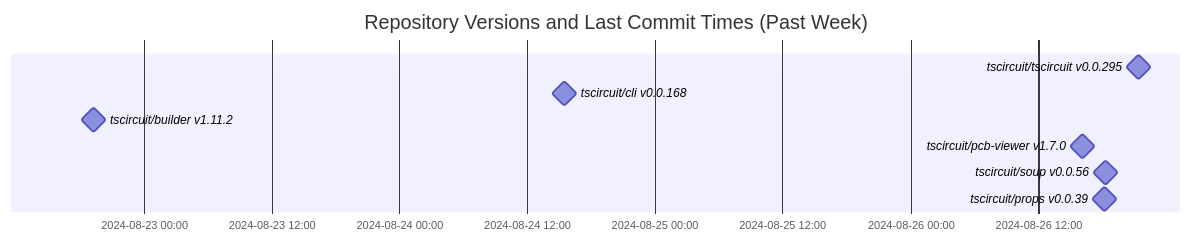
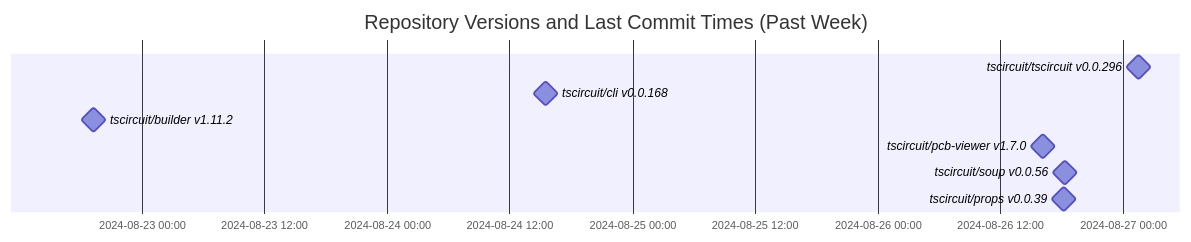
Before and after one commit to tscircuit/version-tracker: the diagram in README.md, drawn with Mermaid.

Commit message:
Update chart

````diff
--- a/README.md
+++ b/README.md
@@ -1,13 +1,13 @@
 ```mermaid
 gantt
   dateFormat  YYYY-MM-DD HH:mm:ss
   title Repository Versions and Last Commit Times (Past Week)
   axisFormat %Y-%m-%d %H:%M
 
-  tscircuit/tscircuit v0.0.295 : milestone, 2024-08-26 21:25:41, 1s
+  tscircuit/tscircuit v0.0.296 : milestone, 2024-08-27 01:32:51, 1s
   tscircuit/cli v0.0.168 : milestone, 2024-08-24 15:32:19, 1s
   tscircuit/builder v1.11.2 : milestone, 2024-08-22 19:17:19, 1s
   tscircuit/pcb-viewer v1.7.0 : milestone, 2024-08-26 16:11:24, 1s
   tscircuit/soup v0.0.56 : milestone, 2024-08-26 18:17:15, 1s
   tscircuit/props v0.0.39 : milestone, 2024-08-26 18:16:02, 1s
 ```
````
